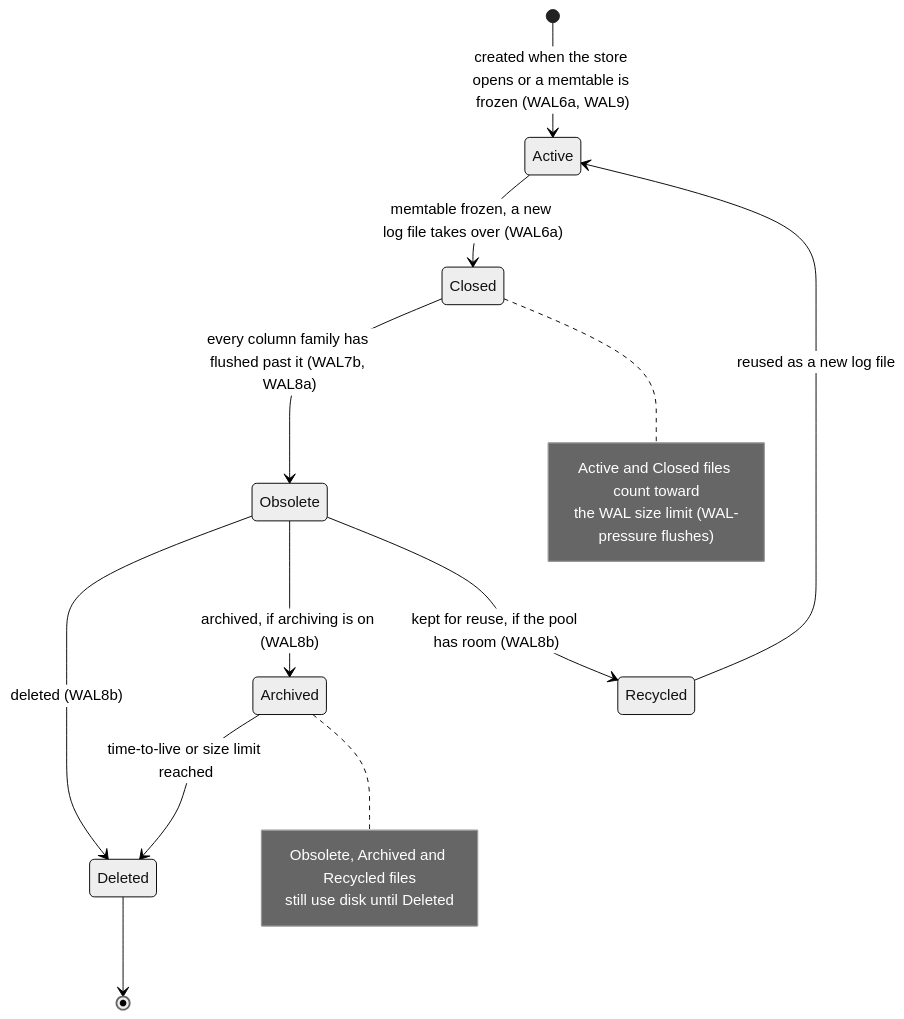
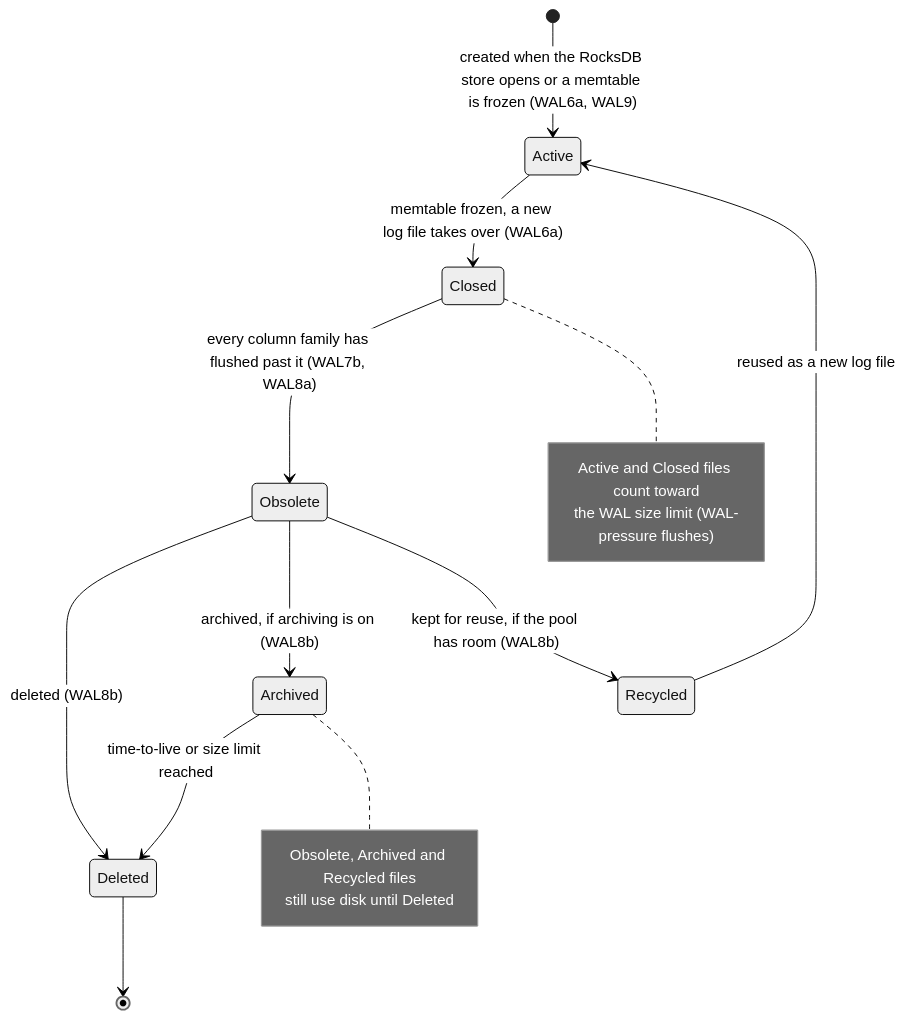
The first of 3 diagrams in algorithm/wal/wal.md (rupashreeh/verify_compaction), drawn with Mermaid (neutral theme) before and after one commit. The commit also changed other lines of this file and 18 other files, not shown here.

````diff
--- a/algorithm/wal/wal.md
+++ b/algorithm/wal/wal.md
@@ -116,22 +116,22 @@
 ```mermaid
 stateDiagram-v2
     direction TB
-    [*] --> Active: created when the store opens or a memtable is frozen (WAL6a, WAL9)
+    [*] --> Active: created when the RocksDB store opens or a memtable is frozen (WAL6a, WAL9)
     Active --> Closed: memtable frozen, a new log file takes over (WAL6a)
     Closed --> Obsolete: every column family has flushed past it (WAL7b, WAL8a)
     Obsolete --> Deleted: deleted (WAL8b)
     Obsolete --> Archived: archived, if archiving is on (WAL8b)
     Obsolete --> Recycled: kept for reuse, if the pool has room (WAL8b)
     Archived --> Deleted: time-to-live or size limit reached
     Recycled --> Active: reused as a new log file
     Deleted --> [*]
 
     note right of Closed
         Active and Closed files count toward
         the WAL size limit (WAL-pressure flushes)
     end note
     note right of Archived
         Obsolete, Archived and Recycled files
         still use disk until Deleted
     end note
 ```
````
